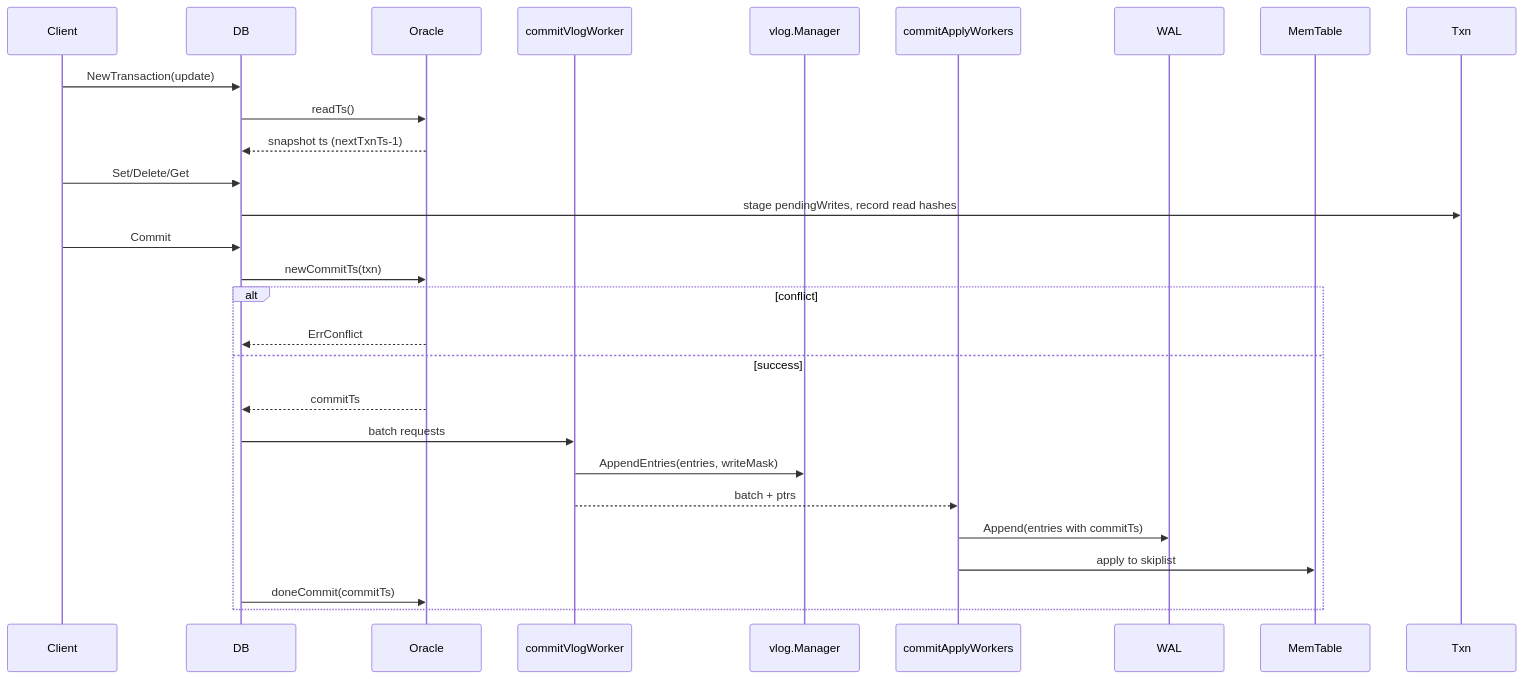
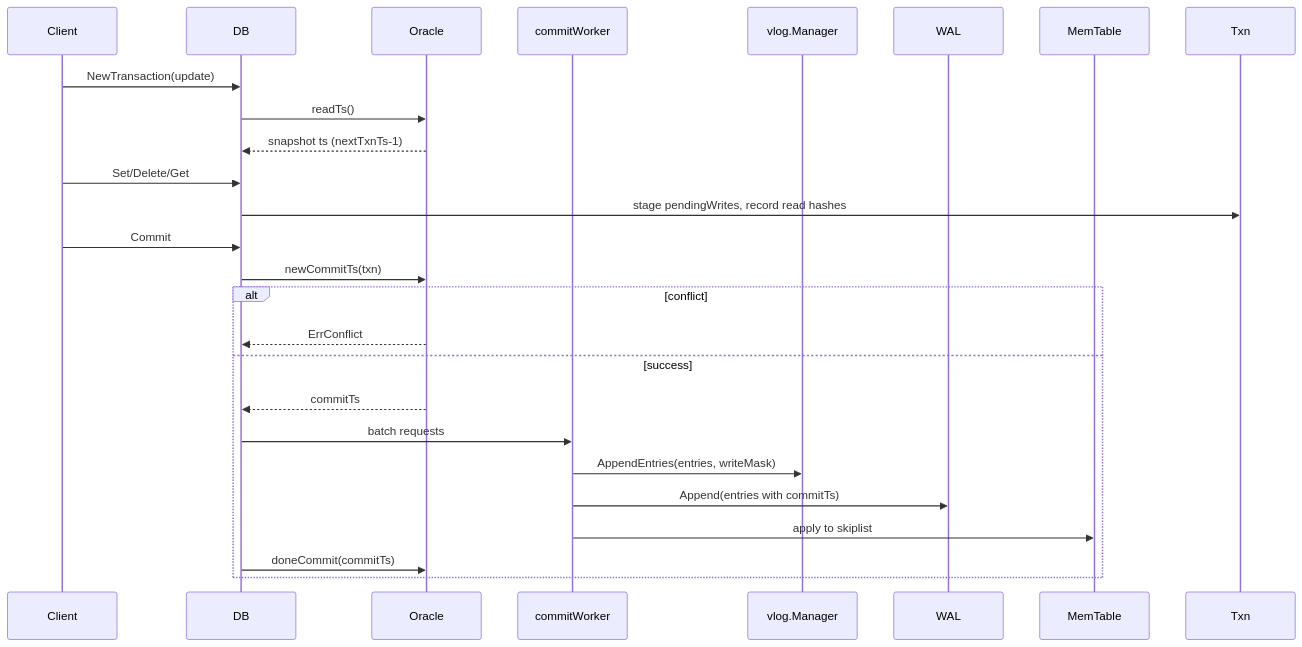
The diagram in docs/txn.md (feichai0017/NoKV), drawn with Mermaid before and after one commit. The commit also changed other lines of this file and 6 other files, not shown here.

````diff
--- a/docs/txn.md
+++ b/docs/txn.md
@@ -22,29 +22,27 @@
 ```mermaid
 sequenceDiagram
     participant Client
     participant DB
     participant Oracle
-    participant VLog as commitVlogWorker
+    participant Commit as commitWorker
     participant Mgr as vlog.Manager
-    participant Apply as commitApplyWorkers
     participant WAL
     participant Mem as MemTable
     Client->>DB: NewTransaction(update)
     DB->>Oracle: readTs()
     Oracle-->>DB: snapshot ts (nextTxnTs-1)
     Client->>DB: Set/Delete/Get
     DB->>Txn: stage pendingWrites, record read hashes
     Client->>DB: Commit
     DB->>Oracle: newCommitTs(txn)
     alt conflict
         Oracle-->>DB: ErrConflict
     else success
         Oracle-->>DB: commitTs
-        DB->>VLog: batch requests
-        VLog->>Mgr: AppendEntries(entries, writeMask)
-        VLog-->>Apply: batch + ptrs
-        Apply->>WAL: Append(entries with commitTs)
-        Apply->>Mem: apply to skiplist
+        DB->>Commit: batch requests
+        Commit->>Mgr: AppendEntries(entries, writeMask)
+        Commit->>WAL: Append(entries with commitTs)
+        Commit->>Mem: apply to skiplist
         DB->>Oracle: doneCommit(commitTs)
     end
 ```
````
